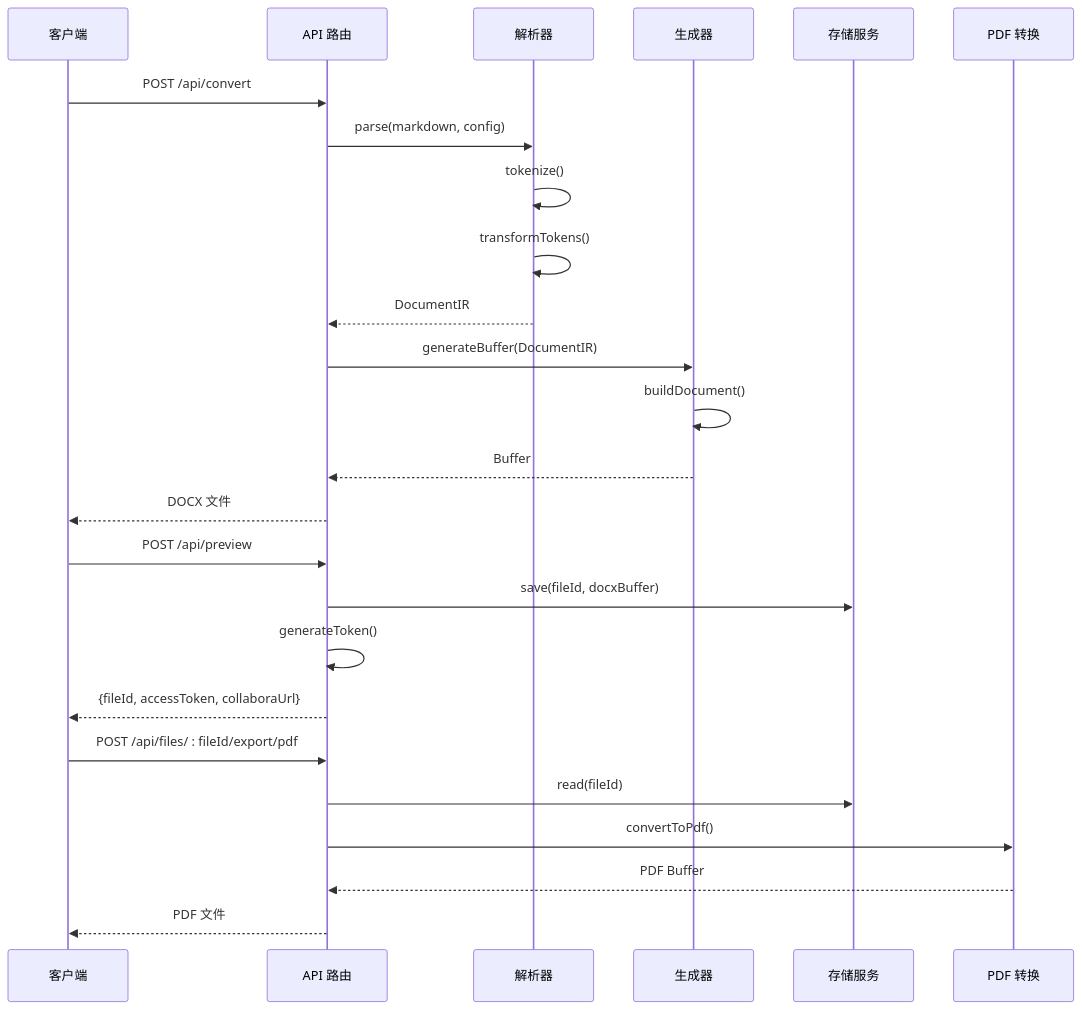
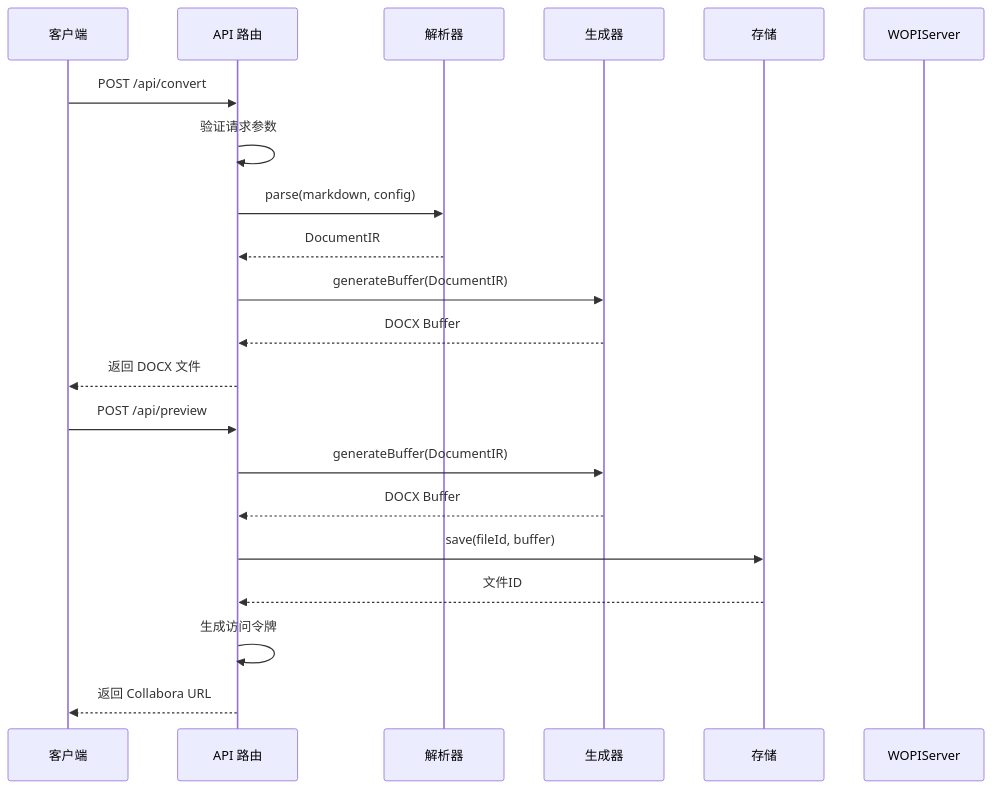
The third of 7 diagrams in .lingma/repowiki/zh/content/API 参考/增强的 API 功能.md (wanwushelie/markdown-to-word-studio), drawn with Mermaid before and after one commit. The commit also changed other lines of this file and 7 other files, not shown here.

````diff
--- a/.lingma/repowiki/zh/content/API 参考/增强的 API 功能.md
+++ b/.lingma/repowiki/zh/content/API 参考/增强的 API 功能.md
@@ -137,27 +216,23 @@
 ```mermaid
 sequenceDiagram
 participant Client as 客户端
 participant API as API 路由
 participant Parser as 解析器
 participant Generator as 生成器
-participant Storage as 存储服务
-participant LibreOffice as PDF 转换
+participant Storage as 存储
+participant WOPIServer as WOPIServer
 Client->>API : POST /api/convert
+API->>API : 验证请求参数
 API->>Parser : parse(markdown, config)
-Parser->>Parser : tokenize()
-Parser->>Parser : transformTokens()
 Parser-->>API : DocumentIR
 API->>Generator : generateBuffer(DocumentIR)
-Generator->>Generator : buildDocument()
-Generator-->>API : Buffer
-API-->>Client : DOCX 文件
+Generator-->>API : DOCX Buffer
+API-->>Client : 返回 DOCX 文件
 Client->>API : POST /api/preview
-API->>Storage : save(fileId, docxBuffer)
-API->>API : generateToken()
-API-->>Client : {fileId, accessToken, collaboraUrl}
-Client->>API : POST /api/files/ : fileId/export/pdf
-API->>Storage : read(fileId)
-API->>LibreOffice : convertToPdf()
-LibreOffice-->>API : PDF Buffer
-API-->>Client : PDF 文件
+API->>Generator : generateBuffer(DocumentIR)
+Generator-->>API : DOCX Buffer
+API->>Storage : save(fileId, buffer)
+Storage-->>API : 文件ID
+API->>API : 生成访问令牌
+API-->>Client : 返回 Collabora URL
 ```
````
